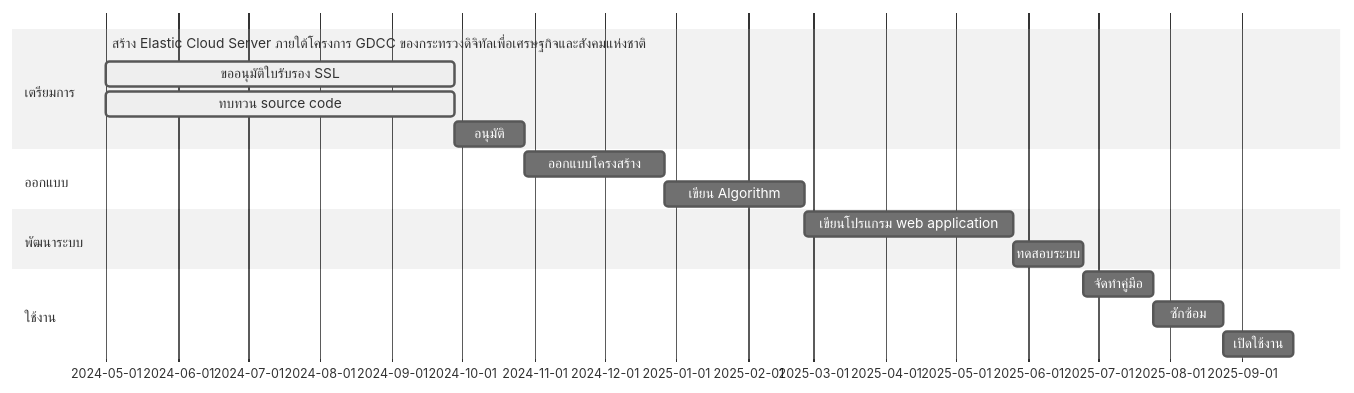
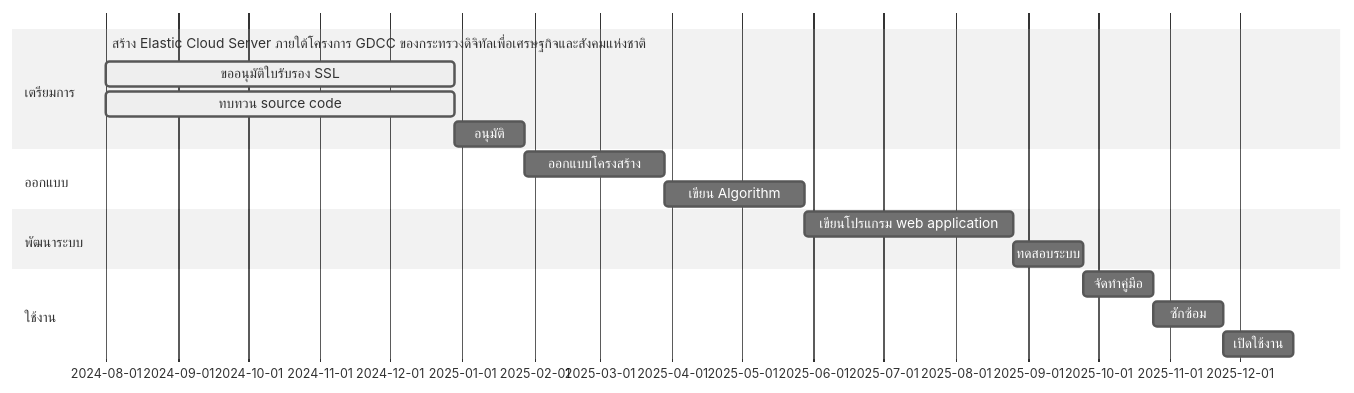
One commit to Kietpawpan/e-tracking changed the first of 2 diagrams in README.md. Above: the diagram before and after it, drawn with Mermaid (neutral theme).

````diff
--- a/README.md
+++ b/README.md
@@ -10,20 +10,20 @@
 ```mermaid
 gantt
     section เตรียมการ
-       สร้าง Elastic Cloud Server ภายใต้โครงการ GDCC ของกระทรวงดิจิทัลเพื่อเศรษฐกิจและสังคมแห่งชาติ :done,    des1, 2024-05-01,2024-05-30
+       สร้าง Elastic Cloud Server ภายใต้โครงการ GDCC ของกระทรวงดิจิทัลเพื่อเศรษฐกิจและสังคมแห่งชาติ :done,    des1, 2024-08-01,2024-09-30
        ขออนุมัติใบรับรอง SSL :active, des2, after des1, 150d
        ทบทวน source code : active, des3, after des1, 150d
        อนุมัติ: a, after des3, 30d
     section ออกแบบ
        ออกแบบโครงสร้าง  :  des4, after a, 60d
        เขียน Algorithm:   des5, after des4, 60d
     section พัฒนาระบบ
        เขียนโปรแกรม web application  :  des6, after des5, 90d
        ทดสอบระบบ:    des7, after des6, 30d
    section ใช้งาน
        จัดทำคู่มือ  :   des8, after des7, 30d
        ซักซ้อม :      des9, after des8, 30d
        เปิดใช้งาน:    des10, after des9, 30d
 
 
 ```
````
